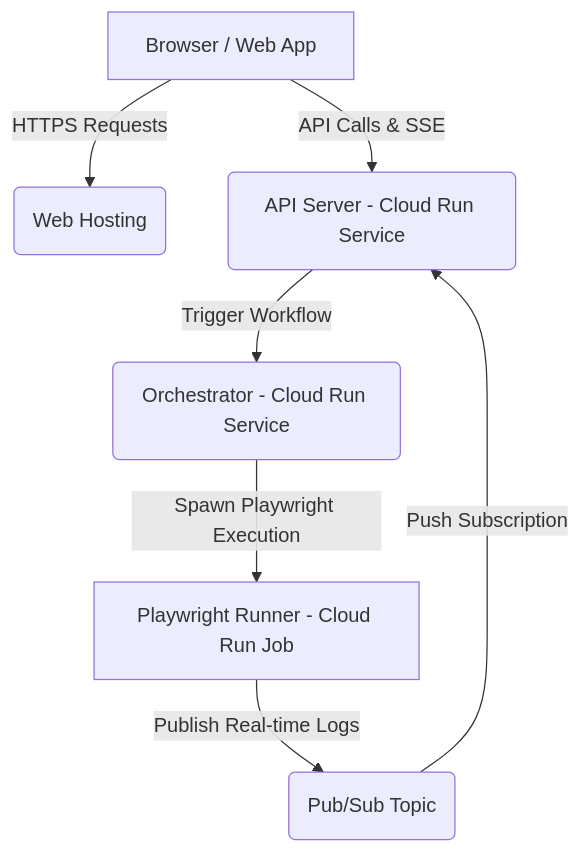
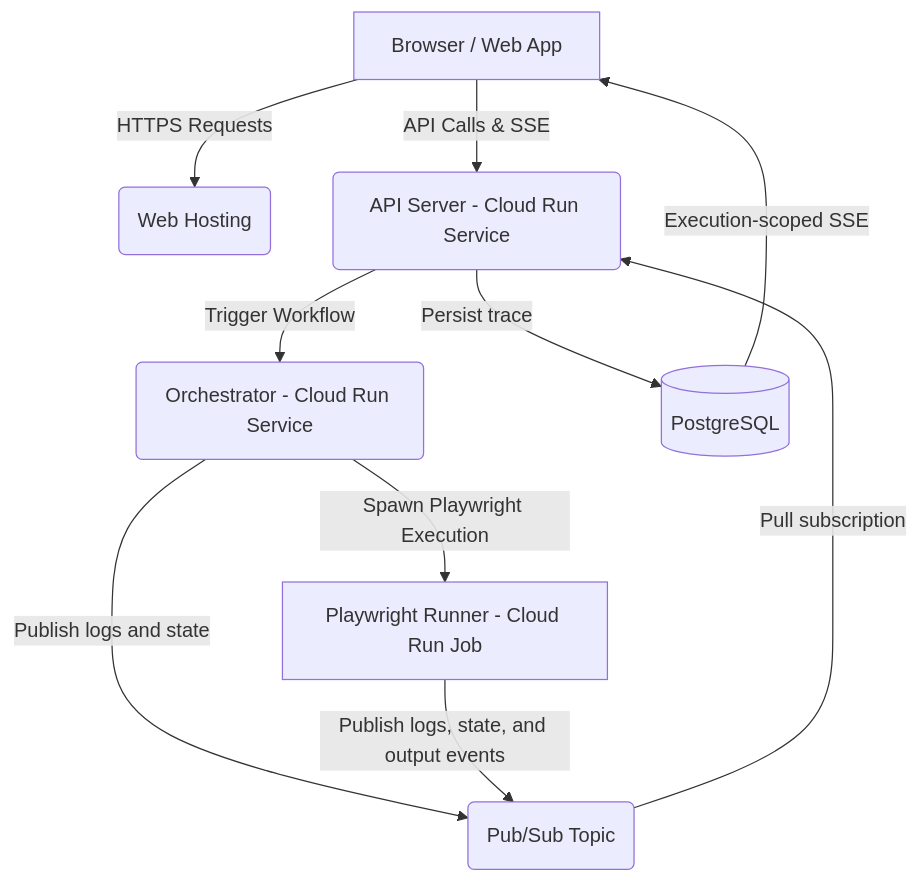
One commit to playrunner/playrunner changed the diagram in docs/docs/gcp-architecture.md. Above: the diagram before and after it, drawn with Mermaid. The commit also changed other lines of this file and 31 other files, not shown here.

First line of the commit message:
feat: enhance GCP integration with Pub/Sub event transport

````diff
--- a/docs/docs/gcp-architecture.md
+++ b/docs/docs/gcp-architecture.md
@@ -16,9 +16,12 @@
 ```mermaid
 graph TD
     A[Browser / Web App] -->|HTTPS Requests| B(Web Hosting)
     A -->|API Calls & SSE| C(API Server - Cloud Run Service)
     C -->|Trigger Workflow| D(Orchestrator - Cloud Run Service)
     D -->|Spawn Playwright Execution| E[Playwright Runner - Cloud Run Job]
-    E -->|Publish Real-time Logs| F(Pub/Sub Topic)
-    F -->|Push Subscription| C
+    D -->|Publish logs and state| F(Pub/Sub Topic)
+    E -->|Publish logs, state, and output events| F
+    F -->|Pull subscription| C
+    C -->|Persist trace| G[(PostgreSQL)]
+    G -->|Execution-scoped SSE| A
 ```
````
